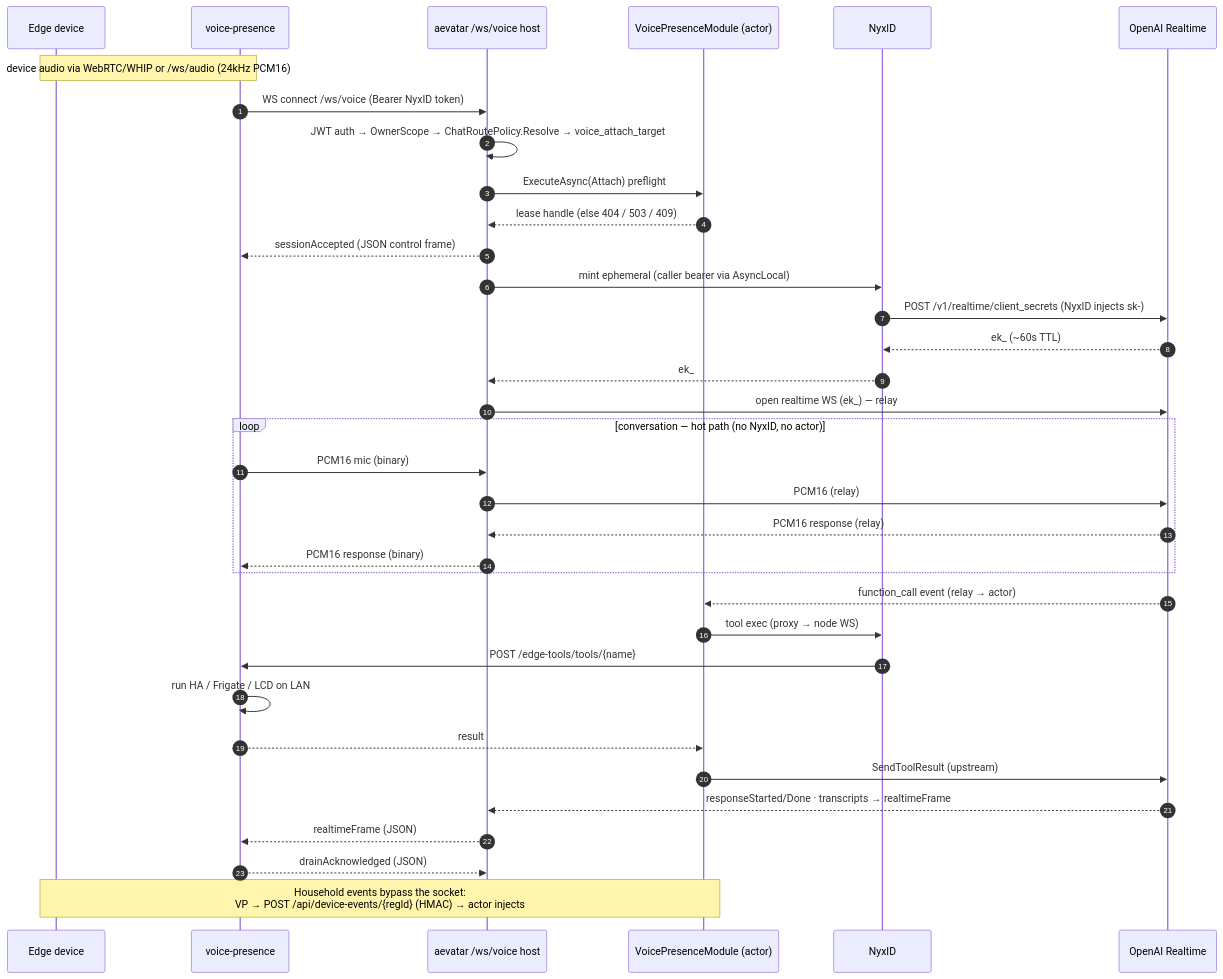
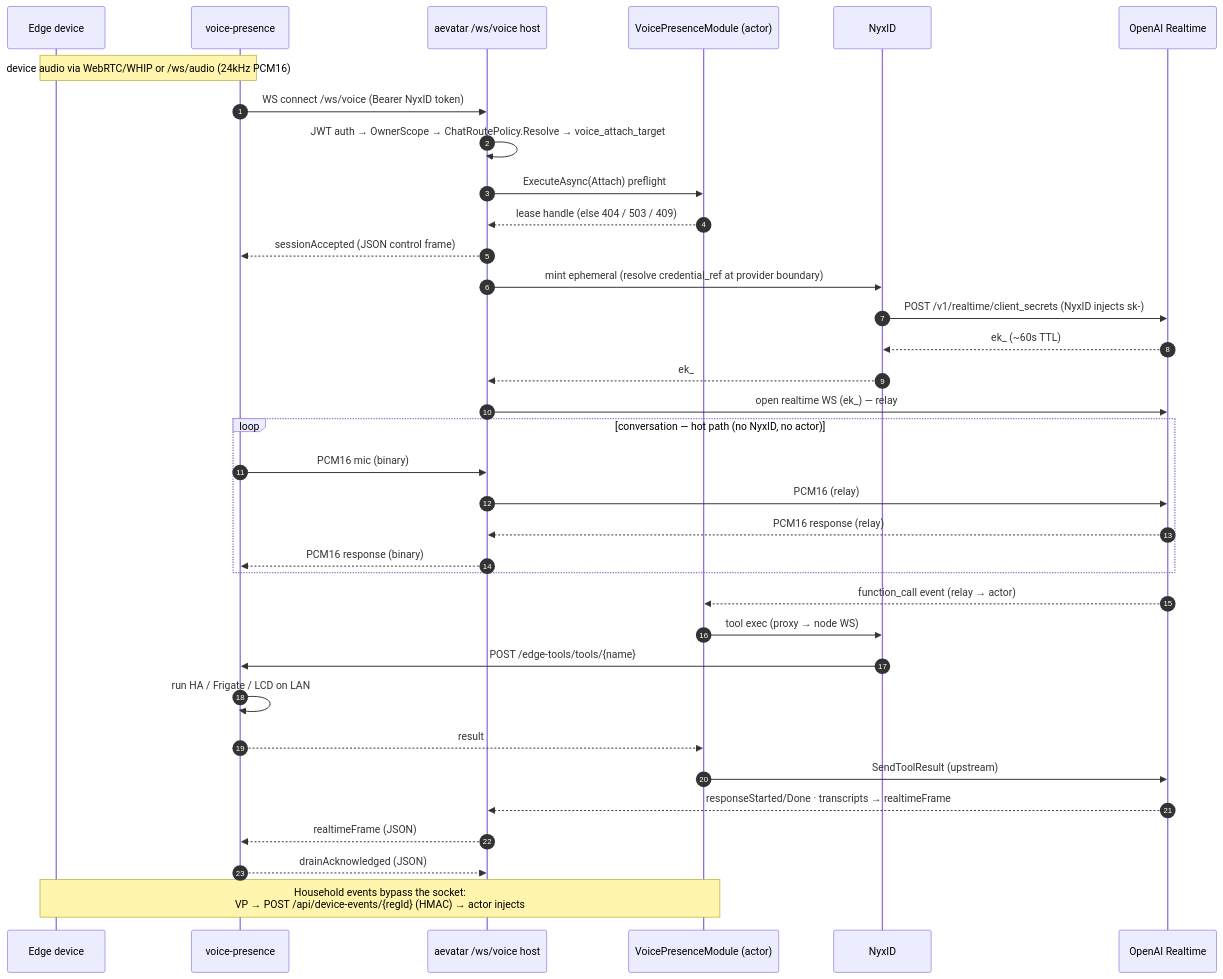
Before and after one commit to aevatarAI/aevatar: the second of 2 diagrams in docs/canon/voice-presence-integration.md, drawn with Mermaid. The commit also changed other lines of this file and 9 other files, not shown here.

First line of the commit message:
fix(voice): define credential_ref lifecycle (volatile per-lease + revoke) and add issuing-edge tests (#2155 review r1)

````diff
--- a/docs/canon/voice-presence-integration.md
+++ b/docs/canon/voice-presence-integration.md
@@ -127,39 +135,39 @@
 ```mermaid
 %%{init: {"maxTextSize": 100000, "sequence": {"useMaxWidth": false}, "themeVariables": {"fontSize": "10px"}}}%%
 sequenceDiagram
   autonumber
   participant D as Edge device
   participant VP as voice-presence
   participant H as aevatar /ws/voice host
   participant A as VoicePresenceModule (actor)
   participant N as NyxID
   participant O as OpenAI Realtime
 
   Note over D,VP: device audio via WebRTC/WHIP or /ws/audio (24kHz PCM16)
   VP->>H: WS connect /ws/voice (Bearer NyxID token)
   H->>H: JWT auth → OwnerScope → ChatRoutePolicy.Resolve → voice_attach_target
   H->>A: ExecuteAsync(Attach) preflight
   A-->>H: lease handle (else 404 / 503 / 409)
   H-->>VP: sessionAccepted (JSON control frame)
-  H->>N: mint ephemeral (caller bearer via AsyncLocal)
+  H->>N: mint ephemeral (resolve credential_ref at provider boundary)
   N->>O: POST /v1/realtime/client_secrets (NyxID injects sk-)
   O-->>N: ek_ (~60s TTL)
   N-->>H: ek_
   H->>O: open realtime WS (ek_) — relay
   loop conversation — hot path (no NyxID, no actor)
     VP->>H: PCM16 mic (binary)
     H->>O: PCM16 (relay)
     O-->>H: PCM16 response (relay)
     H-->>VP: PCM16 response (binary)
   end
   O-->>A: function_call event (relay → actor)
   A->>N: tool exec (proxy → node WS)
   N->>VP: POST /edge-tools/tools/{name}
   VP->>VP: run HA / Frigate / LCD on LAN
   VP-->>A: result
   A->>O: SendToolResult (upstream)
   O-->>H: responseStarted/Done · transcripts → realtimeFrame
   H-->>VP: realtimeFrame (JSON)
   VP-->>H: drainAcknowledged (JSON)
   Note over D,A: Household events bypass the socket:<br/>VP → POST /api/device-events/{regId} (HMAC) → actor injects
 ```
````
